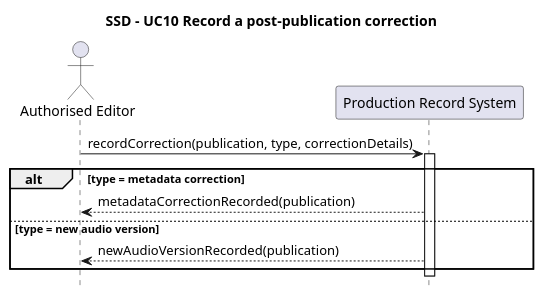
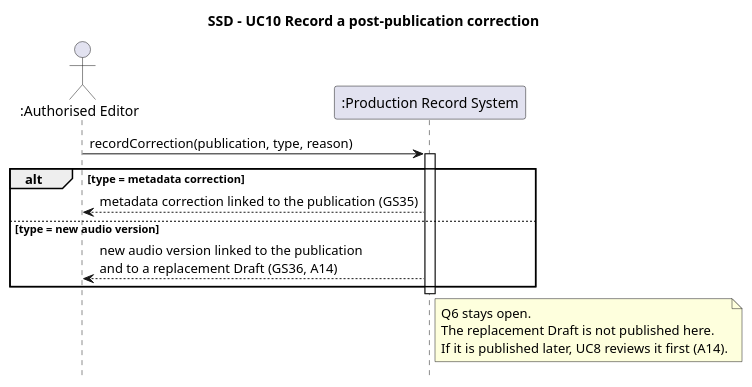
Before and after one commit to JanArnoCoetzer/Local-Podcast-Production-Service-myrepo: the diagram in Diagrams/System_Sequence_Diagrams/SSD_UC10_RecordPostPublication.puml, drawn with PlantUML. The commit also changed 37 other files, not shown here.

```diff
--- a/Diagrams/System_Sequence_Diagrams/SSD_UC10_RecordPostPublication.puml
+++ b/Diagrams/System_Sequence_Diagrams/SSD_UC10_RecordPostPublication.puml
@@ -1,18 +1,23 @@
 @startuml SSD_UC10_RecordPostPublication
 title SSD - UC10 Record a post-publication correction
 
 hide footbox
 
-actor "Authorised Editor" as AE
-participant "Production Record System" as S
+actor ":Authorised Editor" as AE
+participant ":Production Record System" as S
 
-AE -> S : recordCorrection(publication, type, correctionDetails)
+AE -> S : recordCorrection(publication, type, reason)
 activate S
 alt type = metadata correction
-  S --> AE : metadataCorrectionRecorded(publication)
+  S --> AE : metadata correction linked to the publication (GS35)
 else type = new audio version
-  S --> AE : newAudioVersionRecorded(publication)
+  S --> AE : new audio version linked to the publication\nand to a replacement Draft (GS36, A14)
 end
 deactivate S
 
+note right of S
+  Q6 stays open.
+  The replacement Draft is not published here.
+  If it is published later, UC8 reviews it first (A14).
+end note
 @enduml
```
